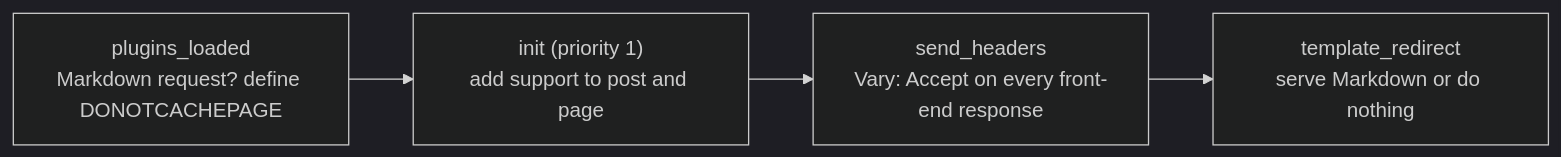
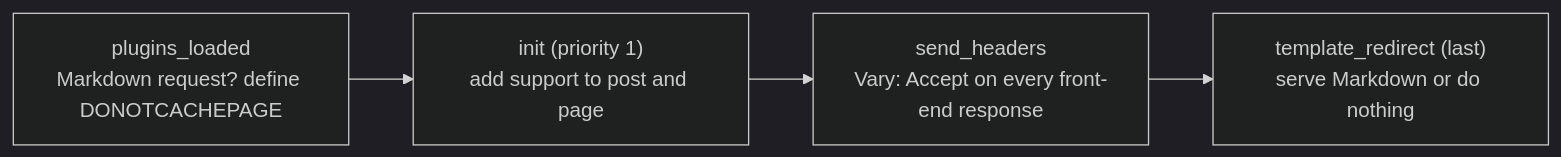
The first of 4 diagrams in README.md (teemujonkkari/accept-markdown), drawn with Mermaid (dark theme) before and after one commit. The commit also changed other lines of this file and 4 other files, not shown here.

First line of the commit message:
fix: serve Markdown after other template_redirect access gates

````diff
--- a/README.md
+++ b/README.md
@@ -53,6 +53,6 @@
 ```mermaid
 flowchart LR
     A["plugins_loaded<br/>Markdown request? define DONOTCACHEPAGE"] --> B["init (priority 1)<br/>add support to post and page"]
     B --> C["send_headers<br/>Vary: Accept on every front-end response"]
-    C --> D["template_redirect<br/>serve Markdown or do nothing"]
+    C --> D["template_redirect (last)<br/>serve Markdown or do nothing"]
 ```
````
